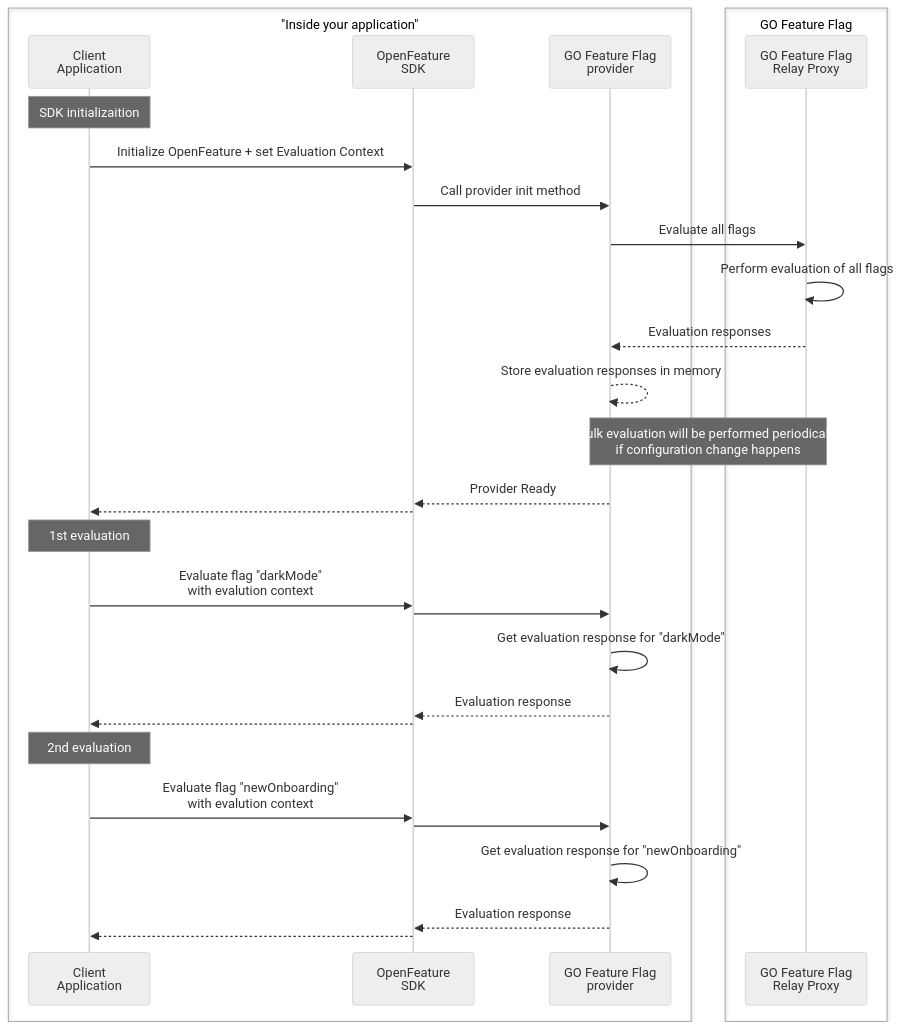
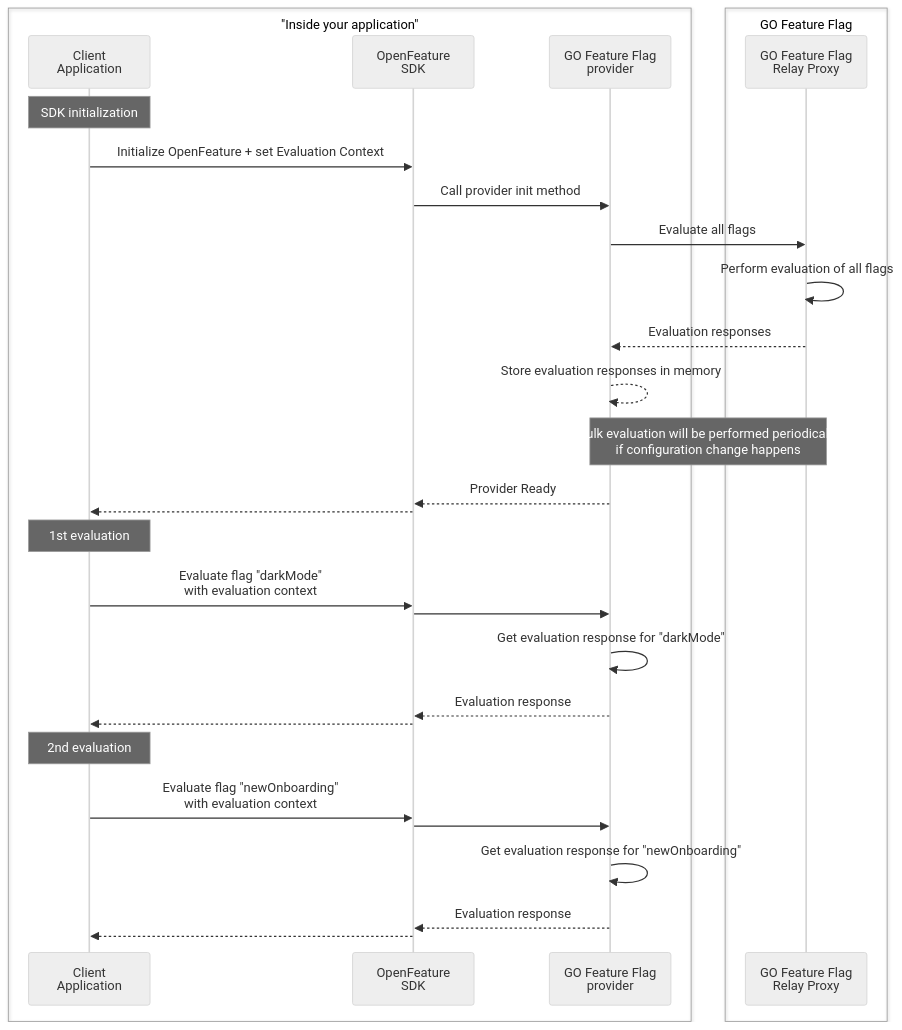
The first of 3 diagrams in website/docs/concepts/flag-evaluation.md (thomaspoignant/go-feature-flag), drawn with Mermaid (neutral theme) before and after one commit. The commit also changed other lines of this file and 18 other files, not shown here.

````diff
--- a/website/docs/concepts/flag-evaluation.md
+++ b/website/docs/concepts/flag-evaluation.md
@@ -106,36 +106,36 @@
 ```mermaid
 sequenceDiagram
     box "Inside your application"
         participant app as Client<br/>Application
         participant sdk as OpenFeature<br/>SDK
         participant provider as GO Feature Flag<br/>provider
     end
     box GO Feature Flag
         participant goff as GO Feature Flag<br />Relay Proxy
     end
 
-    note over app: SDK initializaition
+    note over app: SDK initialization
     app ->> sdk: Initialize OpenFeature + set Evaluation Context
     sdk ->> provider: Call provider init method
     provider ->> goff: Evaluate all flags
     goff ->> goff: Perform evaluation of all flags
     goff -->> provider: Evaluation responses
     provider -->> provider: Store evaluation responses in memory
     note over provider, goff: Bulk evaluation will be performed periodically <br/> if configuration change happens
     provider -->> sdk: Provider Ready
     sdk -->> app:
 
     note over app: 1st evaluation
-    app ->> sdk: Evaluate flag "darkMode"<br/>with evalution context
+    app ->> sdk: Evaluate flag "darkMode"<br/>with evaluation context
     sdk ->> provider: 
     provider ->> provider: Get evaluation response for "darkMode"
     provider -->> sdk: Evaluation response
     sdk -->> app:
 
     note over app: 2nd evaluation
-    app ->> sdk: Evaluate flag "newOnboarding"<br/>with evalution context
+    app ->> sdk: Evaluate flag "newOnboarding"<br/>with evaluation context
     sdk ->> provider: 
     provider ->> provider: Get evaluation response for "newOnboarding"
     provider -->> sdk: Evaluation response
     sdk -->> app:
 ```
````
